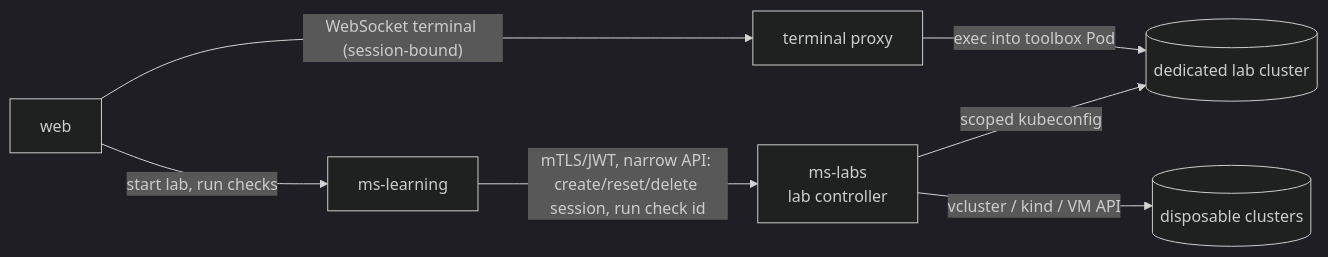
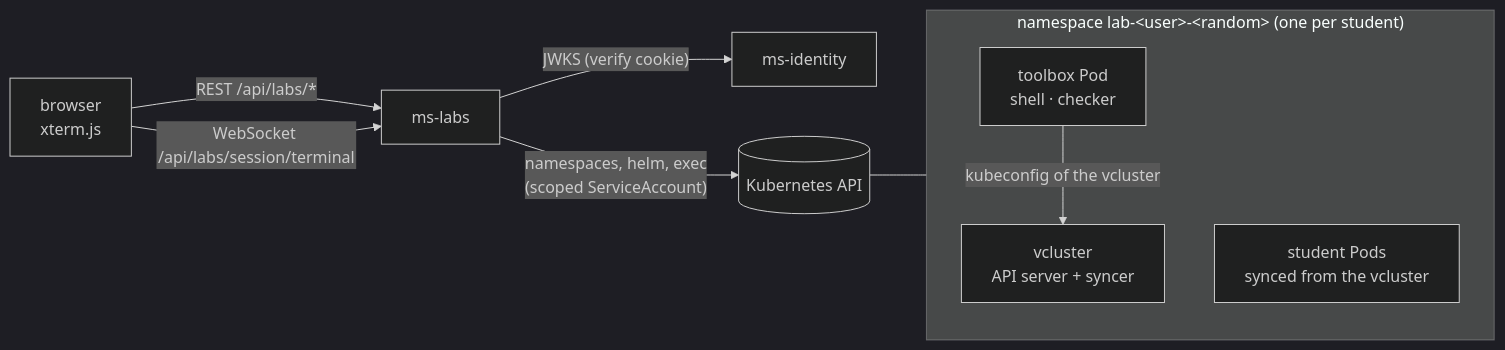
Before and after one commit to mekki02/cka-lab: the diagram in docs/LAB_ARCHITECTURE.md, drawn with Mermaid (dark theme). The commit also changed other lines of this file and 71 other files, not shown here.

First line of the commit message:
feat: browser lab environments (ms-labs, vcluster per student, web terminal)

````diff
--- a/docs/LAB_ARCHITECTURE.md
+++ b/docs/LAB_ARCHITECTURE.md
@@ -35,9 +9,14 @@
 ```mermaid
 flowchart LR
-  W[web] -->|start lab, run checks| LE[ms-learning]
-  LE -->|"mTLS/JWT, narrow API: create/reset/delete session, run check id"| LC[ms-labs<br/>lab controller]
-  LC -->|scoped kubeconfig| LAB[(dedicated lab cluster)]
-  LC -->|vcluster / kind / VM API| DIS[(disposable clusters)]
-  W -->|"WebSocket terminal (session-bound)"| TP[terminal proxy]
-  TP -->|exec into toolbox Pod| LAB
+  B[browser<br/>xterm.js] -- "REST /api/labs/*" --> L[ms-labs]
+  B -- "WebSocket /api/labs/session/terminal" --> L
+  L -- "JWKS (verify cookie)" --> I[ms-identity]
+  L -- "namespaces, helm, exec<br/>(scoped ServiceAccount)" --> K[(Kubernetes API)]
+  subgraph S["namespace lab-&lt;user&gt;-&lt;random&gt; (one per student)"]
+    VC[vcluster<br/>API server + syncer]
+    T[toolbox Pod<br/>shell · checker]
+    P[student Pods<br/>synced from the vcluster]
+  end
+  K --- S
+  T -- "kubeconfig of the vcluster" --> VC
 ```
````
